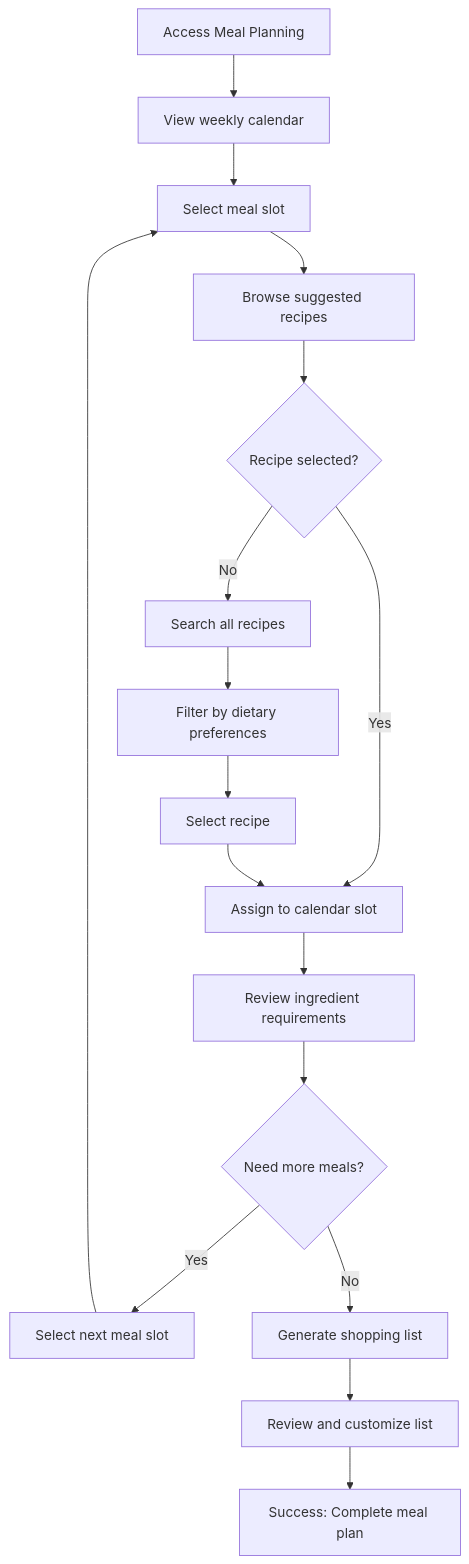
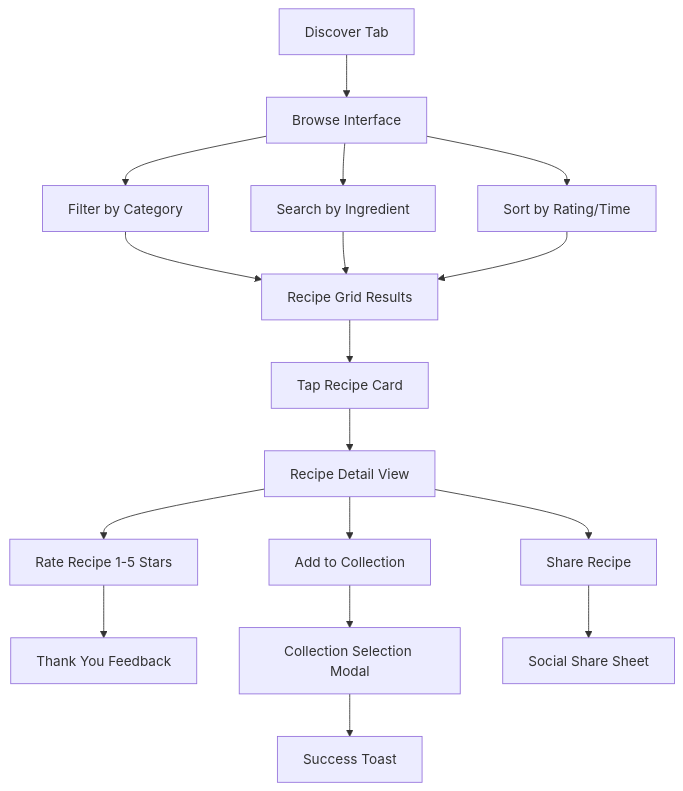
One commit to timayz/imkitchen changed the second of 2 diagrams in docs/front-end-spec/user-flows.md. Above: the diagram before and after it, drawn with Mermaid. The commit also changed other lines of this file and 262 other files, not shown here.

````diff
--- a/docs/front-end-spec/user-flows.md
+++ b/docs/front-end-spec/user-flows.md
@@ -49,19 +62,19 @@
 ```mermaid
 graph TD
-    A[Access Meal Planning] --> B[View weekly calendar]
-    B --> C[Select meal slot]
-    C --> D[Browse suggested recipes]
-    D --> E{Recipe selected?}
-    E -->|Yes| F[Assign to calendar slot]
-    E -->|No| G[Search all recipes]
-    G --> H[Filter by dietary preferences]
-    H --> I[Select recipe]
-    I --> F
-    F --> J[Review ingredient requirements]
-    J --> K{Need more meals?}
-    K -->|Yes| L[Select next meal slot]
-    K -->|No| M[Generate shopping list]
-    L --> C
-    M --> N[Review and customize list]
-    N --> O[Success: Complete meal plan]
+    A[Discover Tab] --> B[Browse Interface]
+    B --> B1[Filter by Category]
+    B --> B2[Search by Ingredient]  
+    B --> B3[Sort by Rating/Time]
+    B1 --> C[Recipe Grid Results]
+    B2 --> C
+    B3 --> C
+    C --> D[Tap Recipe Card]
+    D --> E[Recipe Detail View]
+    E --> F[Rate Recipe 1-5 Stars]
+    E --> G[Add to Collection]
+    E --> H[Share Recipe]
+    F --> I[Thank You Feedback]
+    G --> J[Collection Selection Modal]
+    J --> K[Success Toast]
+    H --> L[Social Share Sheet]
 ```
````
